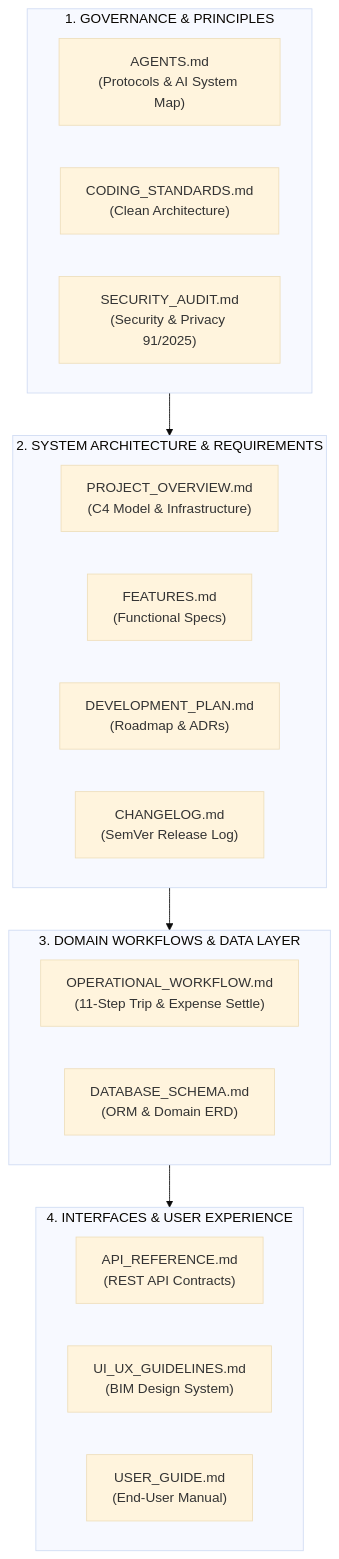
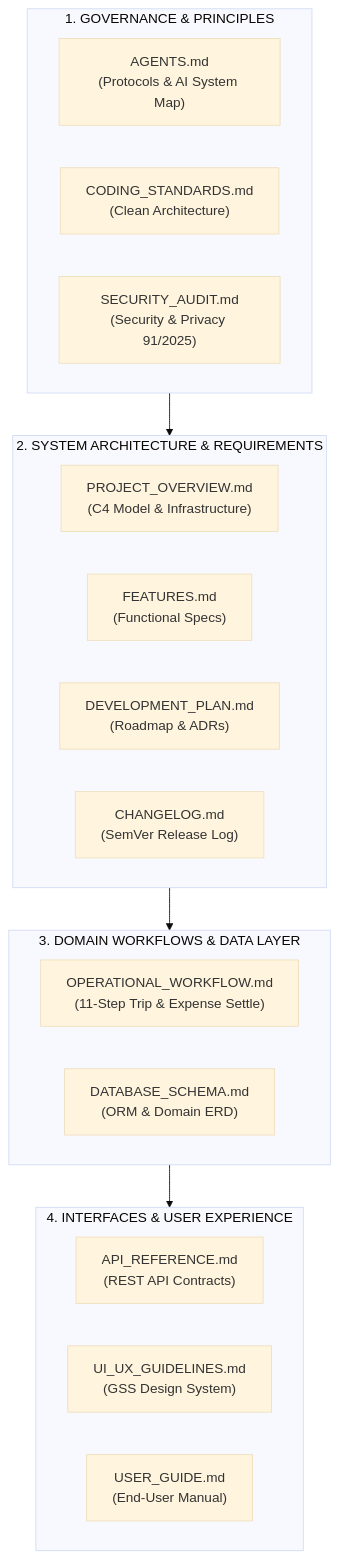
One commit to hongsonphan/GSS_LOGISTICs changed the diagram in docs/README.md. Above: the diagram before and after it, drawn with Mermaid (base theme). The commit also changed other lines of this file and 93 other files, not shown here.

First line of the commit message:
chore: doi ten thuong hieu BIM -> GSS, viet lai tai lieu theo BRD GSS

````diff
--- a/docs/README.md
+++ b/docs/README.md
@@ -19,30 +19,30 @@
 ```mermaid
 flowchart TD
     subgraph G1["1. GOVERNANCE & PRINCIPLES"]
         A1["AGENTS.md<br/>(Protocols & AI System Map)"]
         A2["CODING_STANDARDS.md<br/>(Clean Architecture)"]
         A3["SECURITY_AUDIT.md<br/>(Security & Privacy 91/2025)"]
     end
 
     subgraph G2["2. SYSTEM ARCHITECTURE & REQUIREMENTS"]
         B1["PROJECT_OVERVIEW.md<br/>(C4 Model & Infrastructure)"]
         B2["FEATURES.md<br/>(Functional Specs)"]
         B3["DEVELOPMENT_PLAN.md<br/>(Roadmap & ADRs)"]
         B4["CHANGELOG.md<br/>(SemVer Release Log)"]
     end
 
     subgraph G3["3. DOMAIN WORKFLOWS & DATA LAYER"]
         C1["OPERATIONAL_WORKFLOW.md<br/>(11-Step Trip & Expense Settle)"]
         C2["DATABASE_SCHEMA.md<br/>(ORM & Domain ERD)"]
     end
 
     subgraph G4["4. INTERFACES & USER EXPERIENCE"]
         D1["API_REFERENCE.md<br/>(REST API Contracts)"]
-        D2["UI_UX_GUIDELINES.md<br/>(BIM Design System)"]
+        D2["UI_UX_GUIDELINES.md<br/>(GSS Design System)"]
         D3["USER_GUIDE.md<br/>(End-User Manual)"]
     end
 
     G1 --> G2
     G2 --> G3
     G3 --> G4
 ```
````
